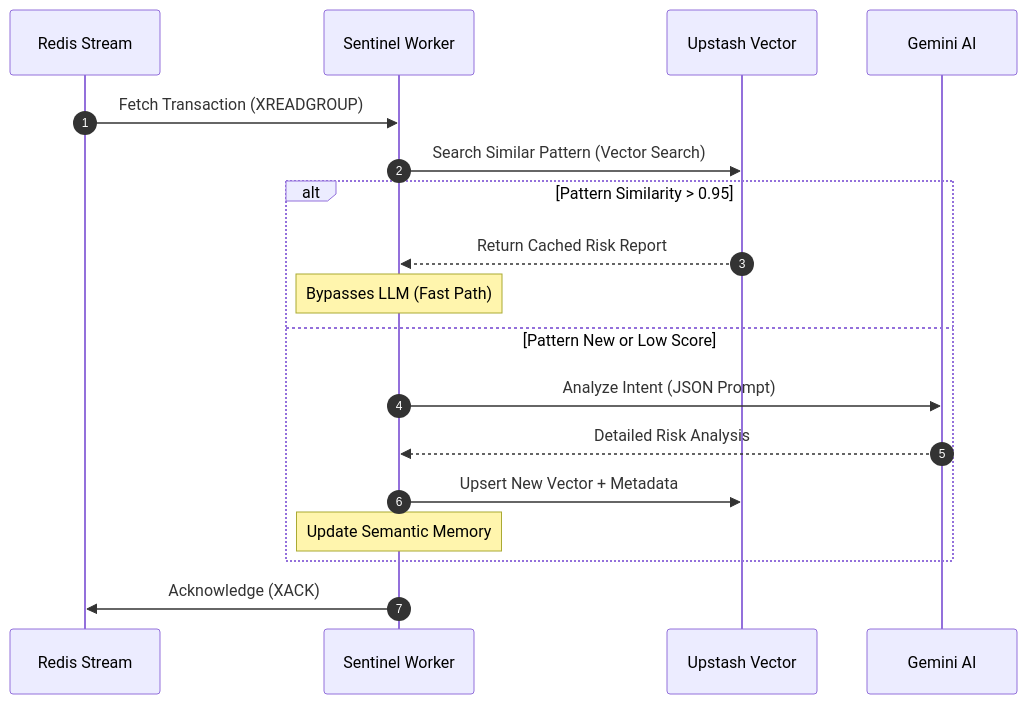
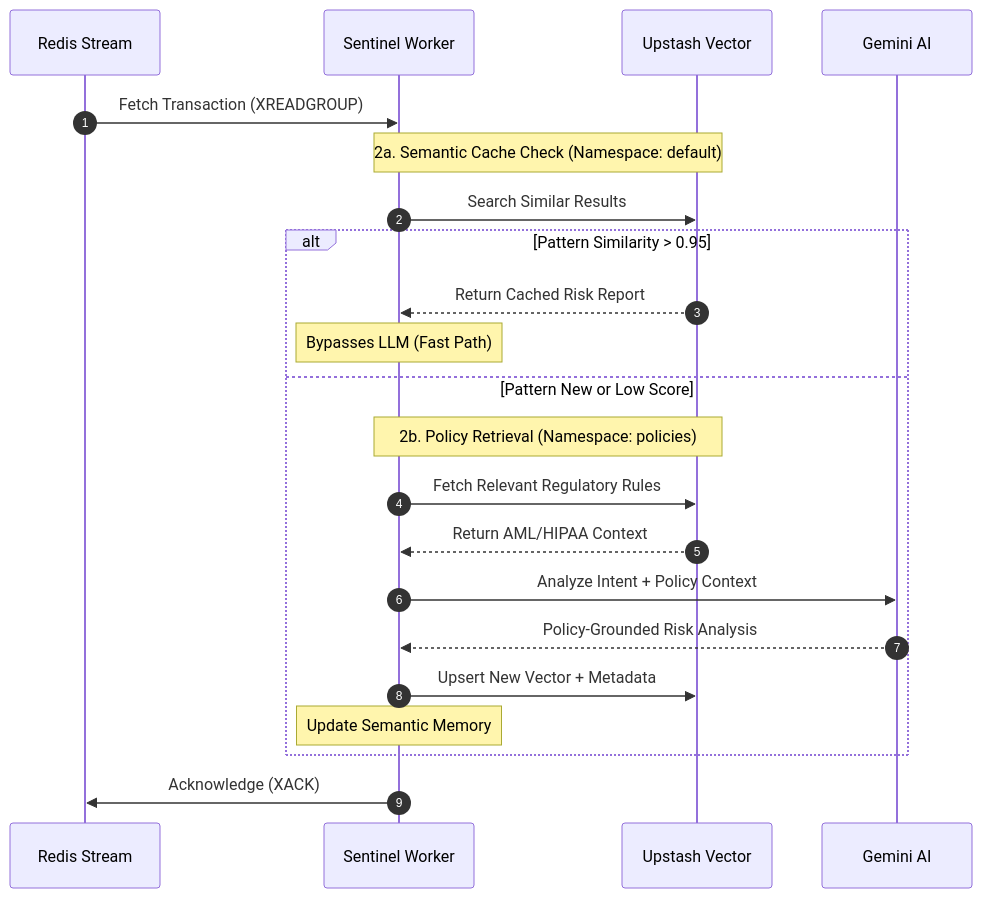
The second of 5 diagrams in README.md (obrienma/sentinel-l7), drawn with Mermaid before and after one commit. The commit also changed other lines of this file and 1 other file, not shown here.

````diff
--- a/README.md
+++ b/README.md
@@ -140,23 +142,30 @@
 ```mermaid
 sequenceDiagram
     autonumber
     participant S as Redis Stream
     participant W as Sentinel Worker
     participant V as Upstash Vector
     participant G as Gemini AI
 
     S->>W: Fetch Transaction (XREADGROUP)
-    W->>V: Search Similar Pattern (Vector Search)
+
+    note over W,V: 2a. Semantic Cache Check (Namespace: default)
+    W->>V: Search Similar Results
 
     alt Pattern Similarity > 0.95
         V-->>W: Return Cached Risk Report
         Note over W: Bypasses LLM (Fast Path)
     else Pattern New or Low Score
-        W->>G: Analyze Intent (JSON Prompt)
-        G-->>W: Detailed Risk Analysis
+        Note over W,V: 2b. Policy Retrieval (Namespace: policies)
+        W->>V: Fetch Relevant Regulatory Rules
+        V-->>W: Return AML/HIPAA Context
+
+        W->>G: Analyze Intent + Policy Context
+        G-->>W: Policy-Grounded Risk Analysis
+
         W->>V: Upsert New Vector + Metadata
         Note over W: Update Semantic Memory
     end
 
     W->>S: Acknowledge (XACK)
 ```
````
